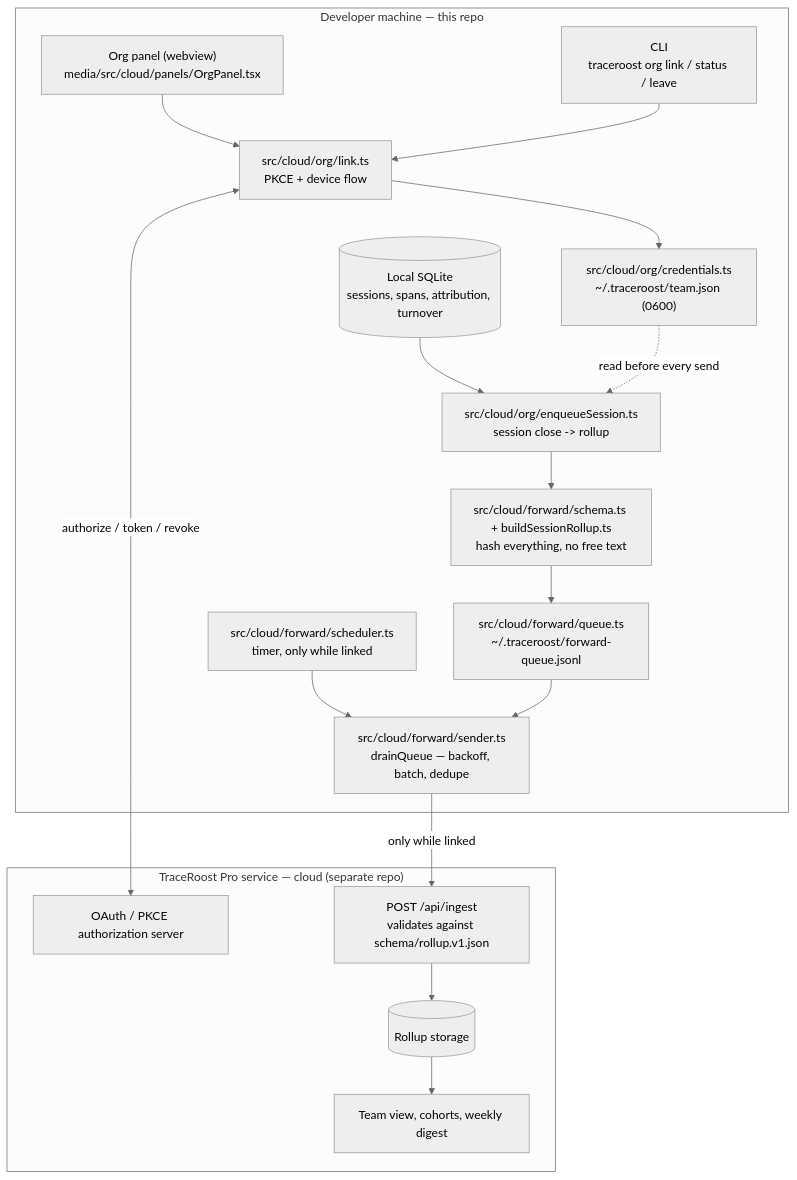
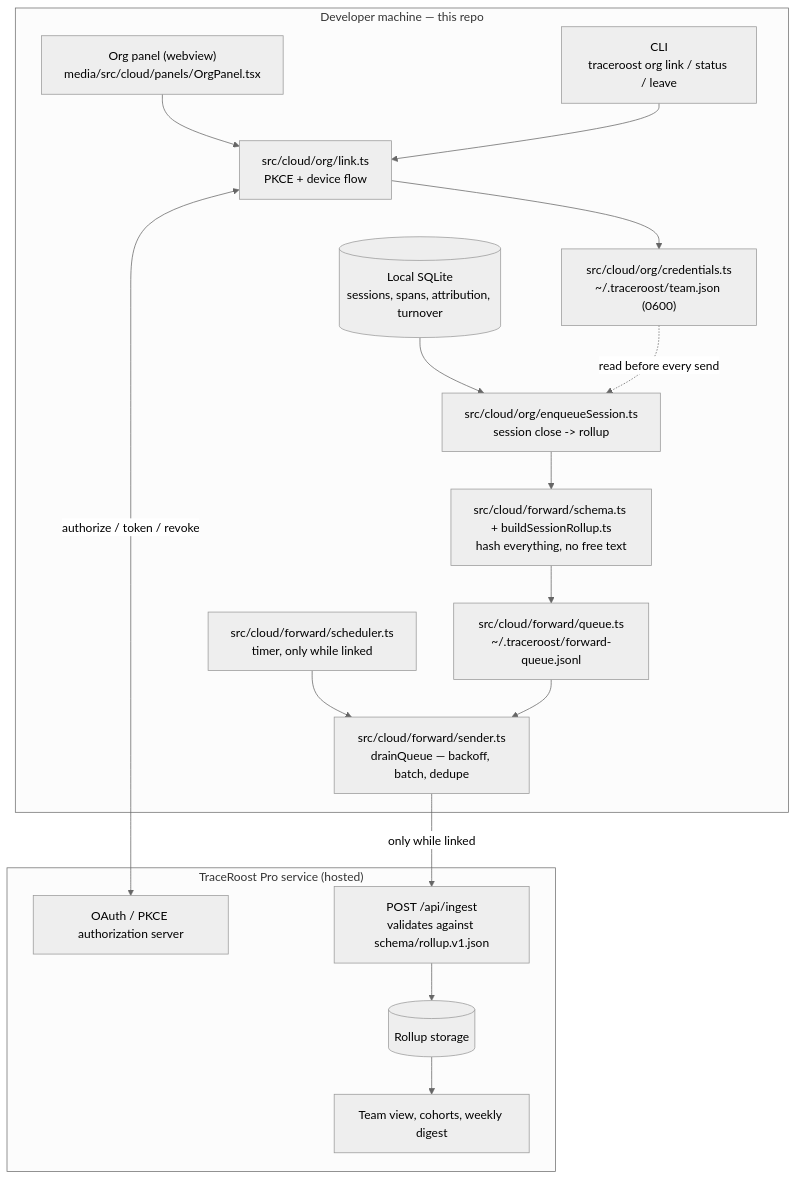
Before and after one commit to traceroost/core: the first of 2 diagrams in CLOUD_ARCHITECTURE.md, drawn with Mermaid (neutral theme). The commit also changed other lines of this file and 65 other files, not shown here.

First line of the commit message:
Add trace revision tracking, reconciliation service, and CLI trace/find/patterns commands

````diff
--- a/CLOUD_ARCHITECTURE.md
+++ b/CLOUD_ARCHITECTURE.md
@@ -34,34 +32,34 @@
 ```mermaid
 graph TB
     subgraph Machine["Developer machine — this repo"]
         PANEL["Org panel (webview)<br/>media/src/cloud/panels/OrgPanel.tsx"]
         CLI["CLI<br/>traceroost org link / status / leave"]
         LINK["src/cloud/org/link.ts<br/>PKCE + device flow"]
         CRED["src/cloud/org/credentials.ts<br/>~/.traceroost/team.json (0600)"]
         ENQ["src/cloud/org/enqueueSession.ts<br/>session close -> rollup"]
         SCHEMA["src/cloud/forward/schema.ts + buildSessionRollup.ts<br/>hash everything, no free text"]
         QUEUE["src/cloud/forward/queue.ts<br/>~/.traceroost/forward-queue.jsonl"]
         SCHED["src/cloud/forward/scheduler.ts<br/>timer, only while linked"]
         SEND["src/cloud/forward/sender.ts<br/>drainQueue — backoff, batch, dedupe"]
         LOCAL[("Local SQLite<br/>sessions, spans, attribution, turnover")]
     end
 
-    subgraph Service["TraceRoost Pro service — cloud (separate repo)"]
+    subgraph Service["TraceRoost Pro service (hosted)"]
         OAUTH["OAuth / PKCE authorization server"]
         INGEST["POST /api/ingest<br/>validates against schema/rollup.v1.json"]
         STORE[("Rollup storage")]
         VIEWS["Team view, cohorts, weekly digest"]
     end
 
     PANEL --> LINK
     CLI --> LINK
     LINK <-->|"authorize / token / revoke"| OAUTH
     LINK --> CRED
     LOCAL --> ENQ
     CRED -.->|"read before every send"| ENQ
     ENQ --> SCHEMA --> QUEUE
     SCHED --> SEND
     QUEUE --> SEND
     SEND -->|"only while linked"| INGEST
     INGEST --> STORE --> VIEWS
 ```
````
